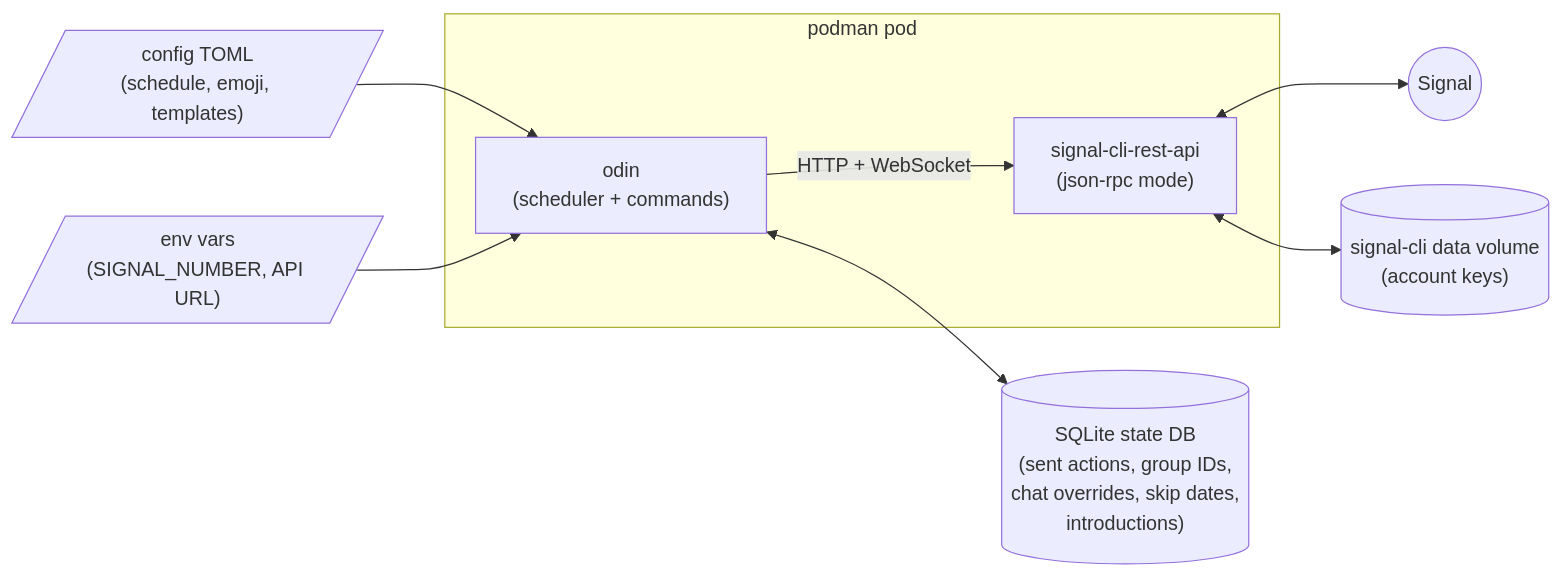
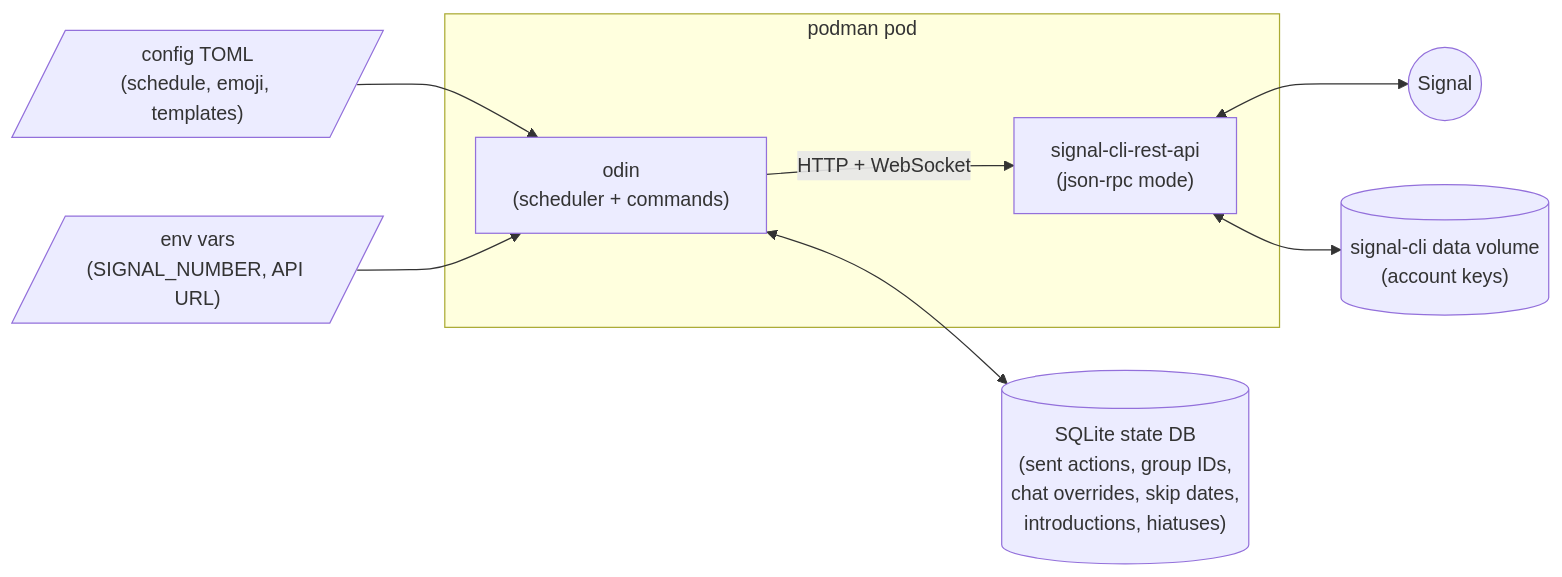
One commit to Emrys-Merlin/odin changed the diagram in docs/explanation/architecture.md. Above: the diagram before and after it, drawn with Mermaid. The commit also changed other lines of this file and 32 other files, not shown here.

````diff
--- a/docs/explanation/architecture.md
+++ b/docs/explanation/architecture.md
@@ -7,11 +7,11 @@
 ```mermaid
 flowchart LR
   subgraph pod["podman pod"]
     odin["odin<br/>(scheduler + commands)"] -- "HTTP + WebSocket" --> sidecar["signal-cli-rest-api<br/>(json-rpc mode)"]
   end
   sidecar <--> signal(("Signal"))
   config[/"config TOML<br/>(schedule, emoji, templates)"/] --> odin
   env[/"env vars<br/>(SIGNAL_NUMBER, API URL)"/] --> odin
-  odin <--> db[("SQLite state DB<br/>(sent actions, group IDs,<br/>chat overrides, skip dates,<br/>introductions)")]
+  odin <--> db[("SQLite state DB<br/>(sent actions, group IDs,<br/>chat overrides, skip dates,<br/>introductions, hiatuses)")]
   sidecar <--> vol[("signal-cli data volume<br/>(account keys)")]
 ```
````
